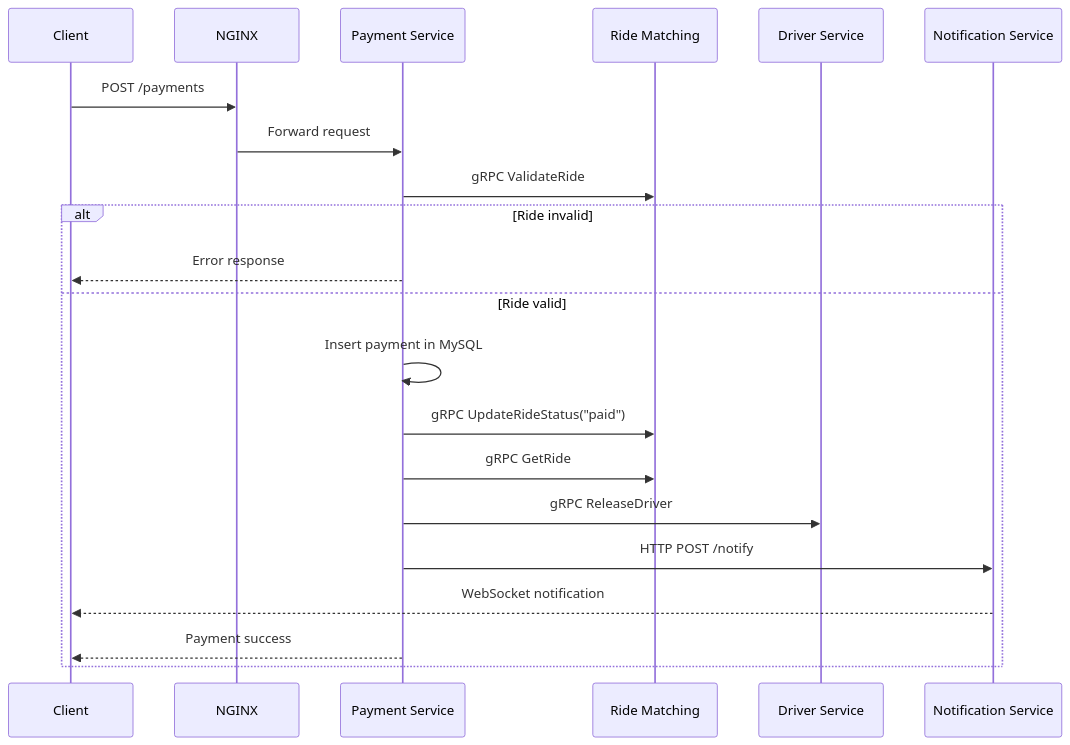
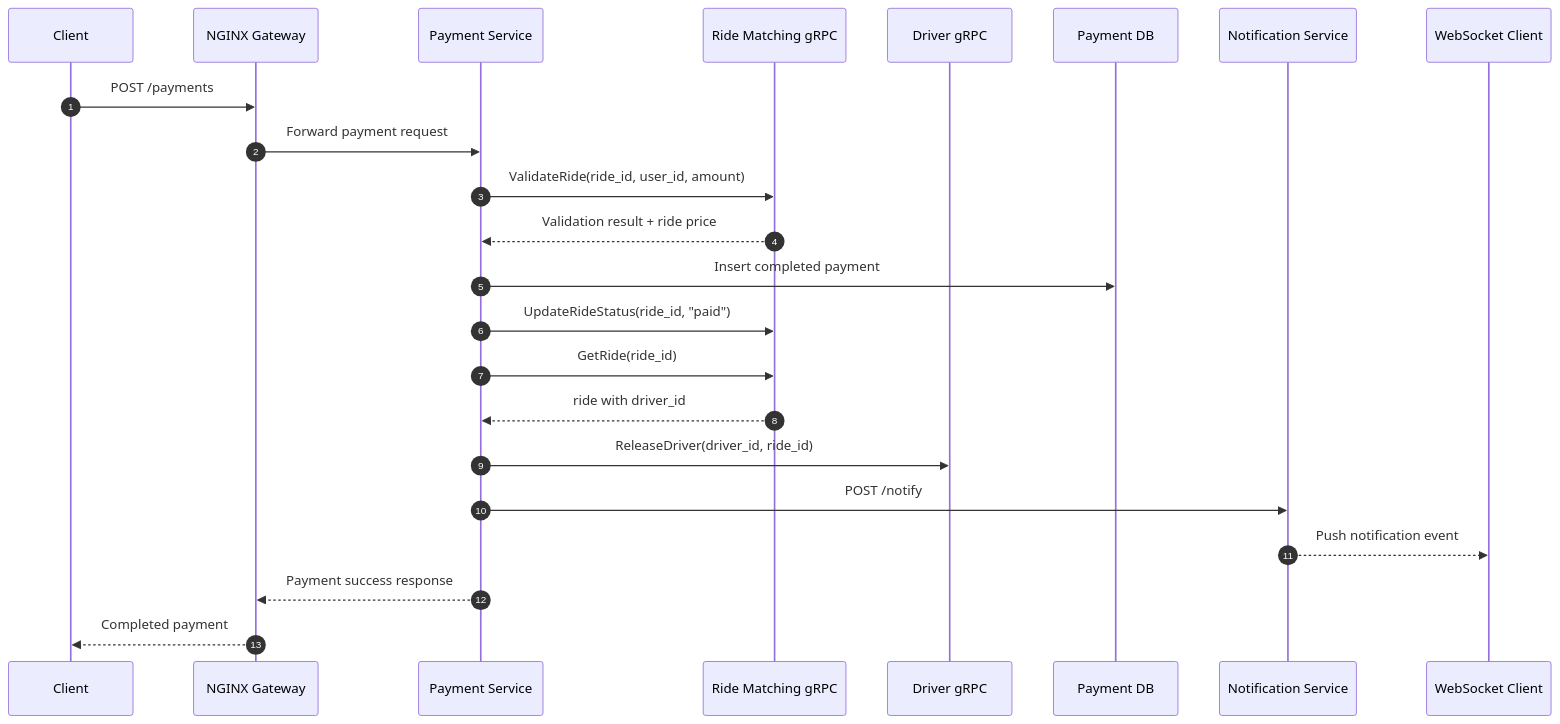
One commit to aaditya2210/ride-booking-modified changed the third of 3 diagrams in README.md. Above: the diagram before and after it, drawn with Mermaid. The commit also changed other lines of this file, not shown here.

Commit message:
Add configuration for new caching layer and update service dependencies

````diff
--- a/README.md
+++ b/README.md
@@ -284,25 +154,26 @@
 ```mermaid
 sequenceDiagram
+    autonumber
     participant C as Client
-    participant N as NGINX
-    participant PAY as Payment Service
-    participant RMS as Ride Matching
-    participant DS as Driver Service
-    participant NS as Notification Service
+    participant G as NGINX Gateway
+    participant Pay as Payment Service
+    participant Ride as Ride Matching gRPC
+    participant Driver as Driver gRPC
+    participant DB as Payment DB
+    participant Notify as Notification Service
+    participant WS as WebSocket Client
 
-    C->>N: POST /payments
-    N->>PAY: Forward request
-    PAY->>RMS: gRPC ValidateRide
-
-    alt Ride invalid
-        PAY-->>C: Error response
-    else Ride valid
-        PAY->>PAY: Insert payment in MySQL
-        PAY->>RMS: gRPC UpdateRideStatus("paid")
-        PAY->>RMS: gRPC GetRide
-        PAY->>DS: gRPC ReleaseDriver
-        PAY->>NS: HTTP POST /notify
-        NS-->>C: WebSocket notification
-        PAY-->>C: Payment success
-    end
+    C->>G: POST /payments
+    G->>Pay: Forward payment request
+    Pay->>Ride: ValidateRide(ride_id, user_id, amount)
+    Ride-->>Pay: Validation result + ride price
+    Pay->>DB: Insert completed payment
+    Pay->>Ride: UpdateRideStatus(ride_id, "paid")
+    Pay->>Ride: GetRide(ride_id)
+    Ride-->>Pay: ride with driver_id
+    Pay->>Driver: ReleaseDriver(driver_id, ride_id)
+    Pay->>Notify: POST /notify
+    Notify-->>WS: Push notification event
+    Pay-->>G: Payment success response
+    G-->>C: Completed payment
 ```
````
